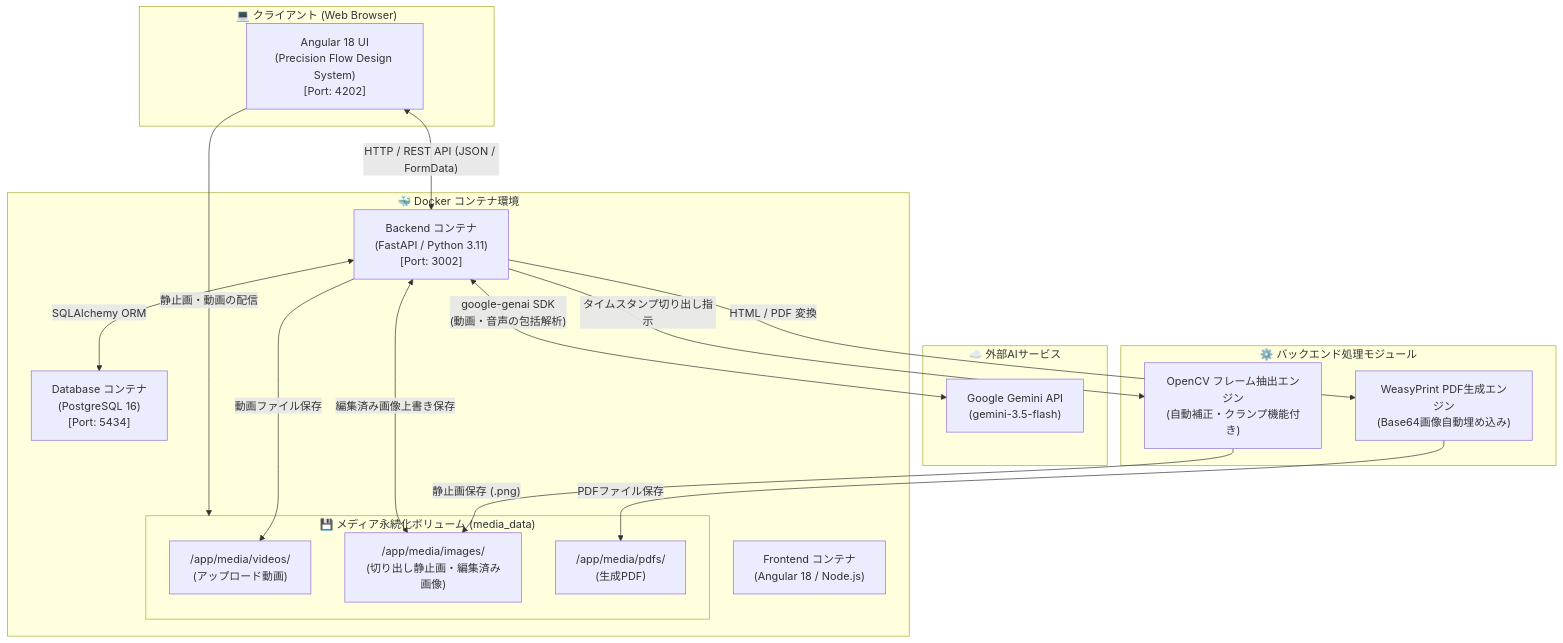
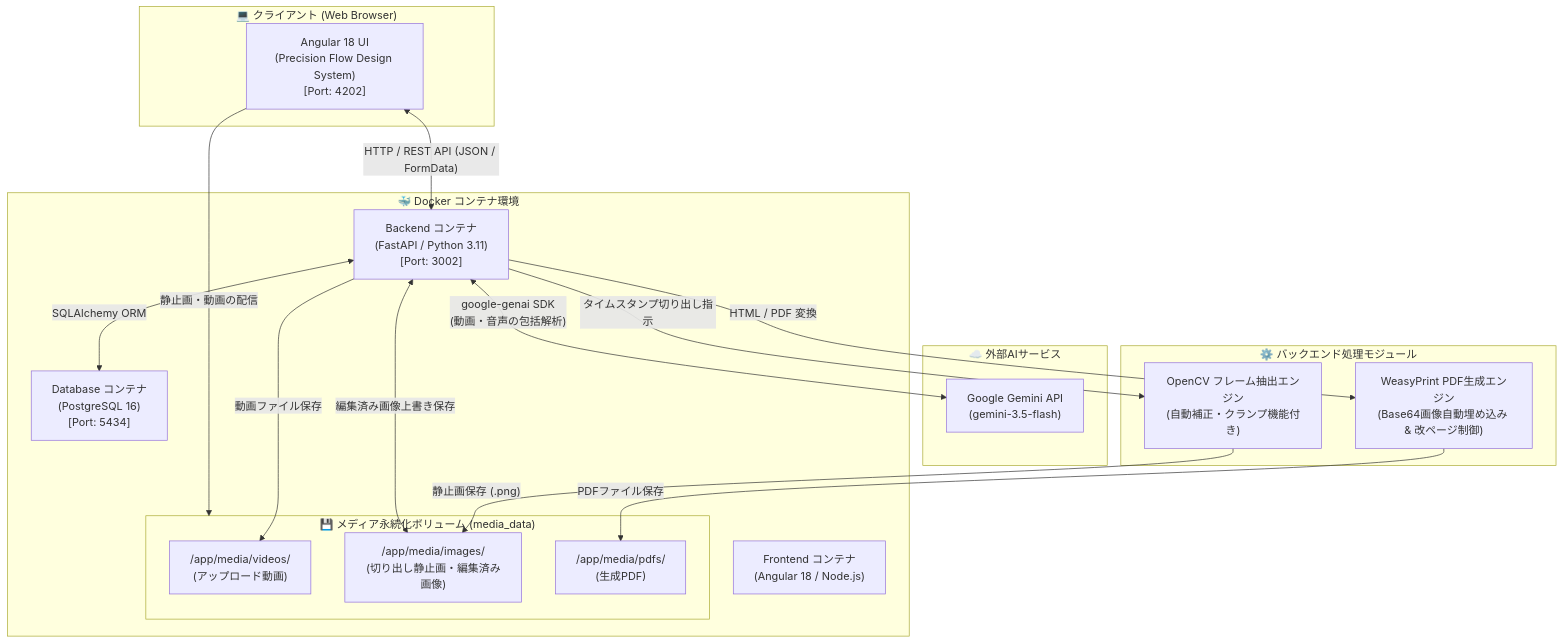
The diagram in README.md (n-yamai/manual-creator), drawn with Mermaid before and after one commit. The commit also changed other lines of this file and 1 other file, not shown here.

````diff
--- a/README.md
+++ b/README.md
@@ -13,40 +13,40 @@
 ```mermaid
 flowchart TB
     subgraph Client["💻 クライアント (Web Browser)"]
         UI["Angular 18 UI\n(Precision Flow Design System)\n[Port: 4202]"]
     end
 
     subgraph DockerEnv["🐳 Docker コンテナ環境"]
         FE_Container["Frontend コンテナ\n(Angular 18 / Node.js)"]
         BE_Container["Backend コンテナ\n(FastAPI / Python 3.11)\n[Port: 3002]"]
         DB_Container["Database コンテナ\n(PostgreSQL 16)\n[Port: 5434]"]
         
         subgraph SharedMedia["💾 メディア永続化ボリューム (media_data)"]
             Videos["/app/media/videos/\n(アップロード動画)"]
             Images["/app/media/images/\n(切り出し静止画・編集済み画像)"]
             PDFs["/app/media/pdfs/\n(生成PDF)"]
         end
     end
 
     subgraph External["☁️ 外部AIサービス"]
         Gemini["Google Gemini API\n(gemini-3.5-flash)"]
     end
 
     subgraph BackendServices["⚙️ バックエンド処理モジュール"]
         OpenCV["OpenCV フレーム抽出エンジン\n(自動補正・クランプ機能付き)"]
-        PDFGen["WeasyPrint PDF生成エンジン\n(Base64画像自動埋め込み)"]
+        PDFGen["WeasyPrint PDF生成エンジン\n(Base64画像自動埋め込み & 改ページ制御)"]
     end
 
     UI <-->|"HTTP / REST API (JSON / FormData)"| BE_Container
     BE_Container <-->|"SQLAlchemy ORM"| DB_Container
     BE_Container <-->|"google-genai SDK\n(動画・音声の包括解析)"| Gemini
     BE_Container -->|"タイムスタンプ切り出し指示"| OpenCV
     BE_Container -->|"HTML / PDF 変換"| PDFGen
     
     OpenCV -->|"静止画保存 (.png)"| Images
     BE_Container -->|"動画ファイル保存"| Videos
     BE_Container <-->|"編集済み画像上書き保存"| Images
     PDFGen -->|"PDFファイル保存"| PDFs
     
     UI -->|"静止画・動画の配信"| SharedMedia
 ```
````
